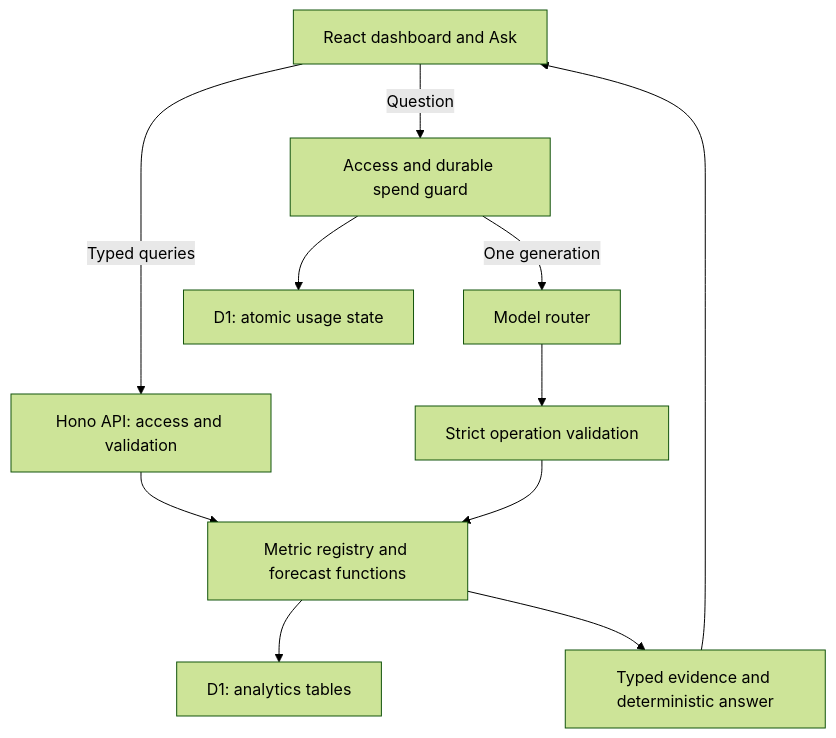
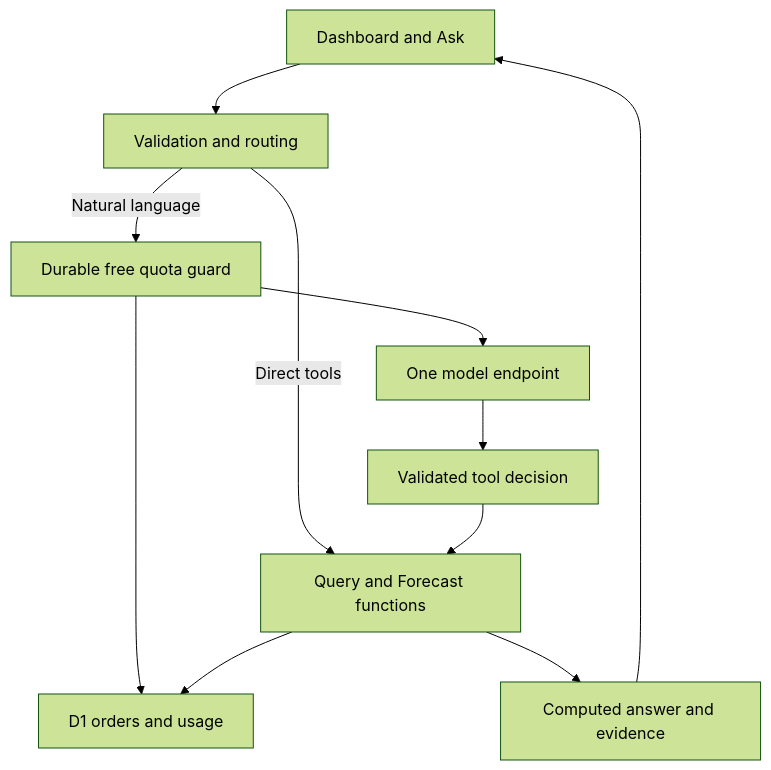
The diagram in deep-research-report.md (itanium-g/logistics-data-analytics), drawn with Mermaid (forest theme) before and after one commit. The commit also changed other lines of this file and 8 other files, not shown here.

```diff
--- a/deep-research-report.md
+++ b/deep-research-report.md
@@ -106,13 +82,13 @@
 ~~~mermaid
 flowchart TD
-    UI["React dashboard and Ask"] -->|Typed queries| API["Hono API: access and validation"]
-    UI -->|Question| GUARD["Access and durable spend guard"]
-    GUARD -->|One generation| ROUTER["Model router"]
-    ROUTER --> VALID["Strict operation validation"]
-    API --> DOMAIN["Metric registry and forecast functions"]
-    VALID --> DOMAIN
-    DOMAIN --> DB["D1: analytics tables"]
-    GUARD --> BUDGET["D1: atomic usage state"]
-    DOMAIN --> RESULT["Typed evidence and deterministic answer"]
+    UI["Dashboard and Ask"] --> API["Validation and routing"]
+    API -->|Direct tools| DOMAIN["Query and Forecast functions"]
+    API -->|Natural language| QUOTA["Durable free quota guard"]
+    QUOTA --> MODEL["One model endpoint"]
+    MODEL --> CHECK["Validated tool decision"]
+    CHECK --> DOMAIN
+    QUOTA --> DB["D1 orders and usage"]
+    DOMAIN --> DB
+    DOMAIN --> RESULT["Computed answer and evidence"]
     RESULT --> UI
 ~~~
```
